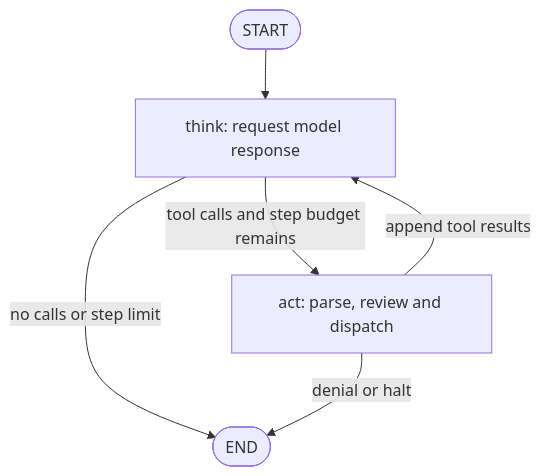
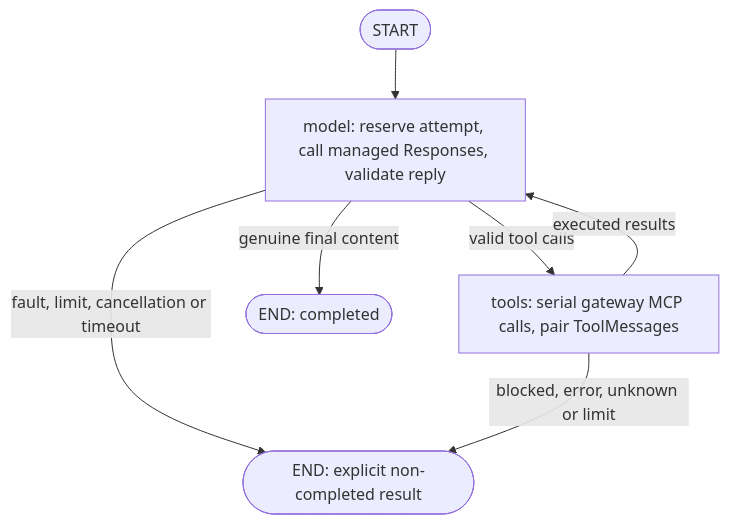
The diagram in README.md (caldeirav/sub15-breaker), drawn with Mermaid before and after one commit. The commit also changed other lines of this file, not shown here.

Commit message:
docs: align README with native one-flow banking benchmark

````diff
--- a/README.md
+++ b/README.md
@@ -32,8 +32,9 @@
 ```mermaid
 flowchart TD
-    LS([START]) --> Think["think: request model response"]
-    Think -->|tool calls and step budget remains| Act["act: parse, review and dispatch"]
-    Think -->|no calls or step limit| LE([END])
-    Act -->|denial or halt| LE
-    Act -->|append tool results| Think
+    S([START]) --> Model["model: reserve attempt, call managed Responses, validate reply"]
+    Model -->|valid tool calls| Tools["tools: serial gateway MCP calls, pair ToolMessages"]
+    Tools -->|executed results| Model
+    Model -->|genuine final content| E([END: completed])
+    Model -->|fault, limit, cancellation or timeout| F([END: explicit non-completed result])
+    Tools -->|blocked, error, unknown or limit| F
 ```
````
